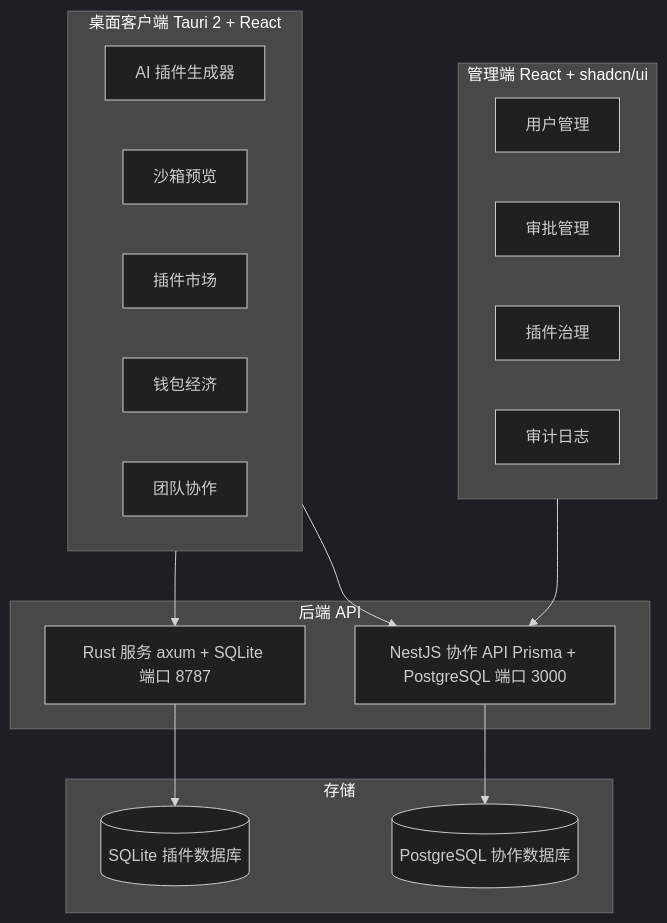
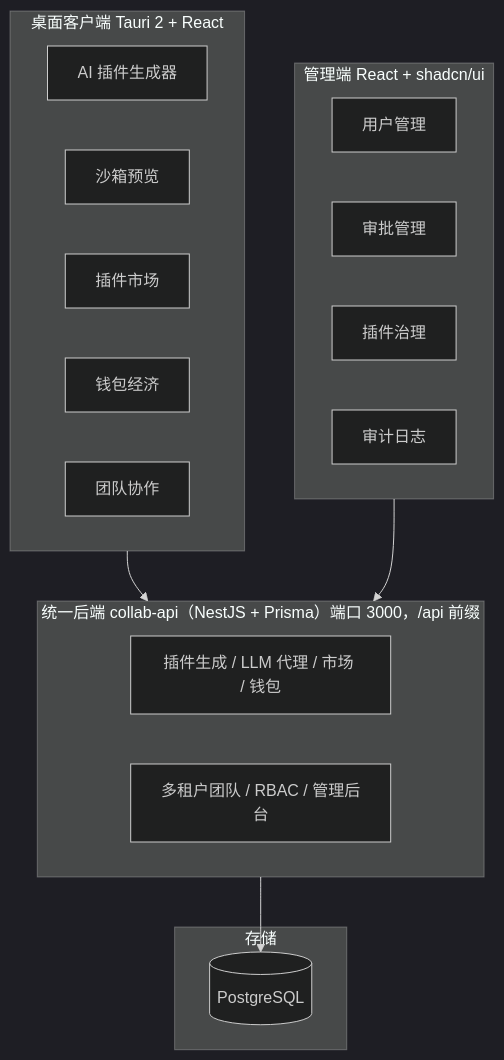
The diagram in README.md (qiuuchan/lingfang-pan), drawn with Mermaid (dark theme) before and after one commit. The commit also changed other lines of this file and 41 other files, not shown here.

First line of the commit message:
refactor: 删除旧 Rust 后端 apps/server，统一收敛到 collab-api

````diff
--- a/README.md
+++ b/README.md
@@ -6,33 +6,30 @@
 ```mermaid
 graph TB
     subgraph Desktop["桌面客户端 Tauri 2 + React"]
         Gen["AI 插件生成器"]
         Sandbox["沙箱预览"]
         Market["插件市场"]
         Wallet["钱包经济"]
         Teams["团队协作"]
     end
 
     subgraph Admin["管理端 React + shadcn/ui"]
         Users["用户管理"]
         Approvals["审批管理"]
         Plugins["插件治理"]
         Audit["审计日志"]
     end
 
-    subgraph APIs["后端 API"]
-        Server["Rust 服务 axum + SQLite 端口 8787"]
-        Collab["NestJS 协作 API Prisma + PostgreSQL 端口 3000"]
+    subgraph API["统一后端 collab-api（NestJS + Prisma）端口 3000，/api 前缀"]
+        PluginsApi["插件生成 / LLM 代理 / 市场 / 钱包"]
+        TenantApi["多租户团队 / RBAC / 管理后台"]
     end
 
     subgraph Store["存储"]
-        SQLite[("SQLite 插件数据库")]
-        PG[("PostgreSQL 协作数据库")]
+        PG[("PostgreSQL")]
     end
 
-    Desktop --> Server
-    Desktop --> Collab
-    Admin --> Collab
-    Server --> SQLite
-    Collab --> PG
+    Desktop --> API
+    Admin --> API
+    API --> PG
 ```
````
